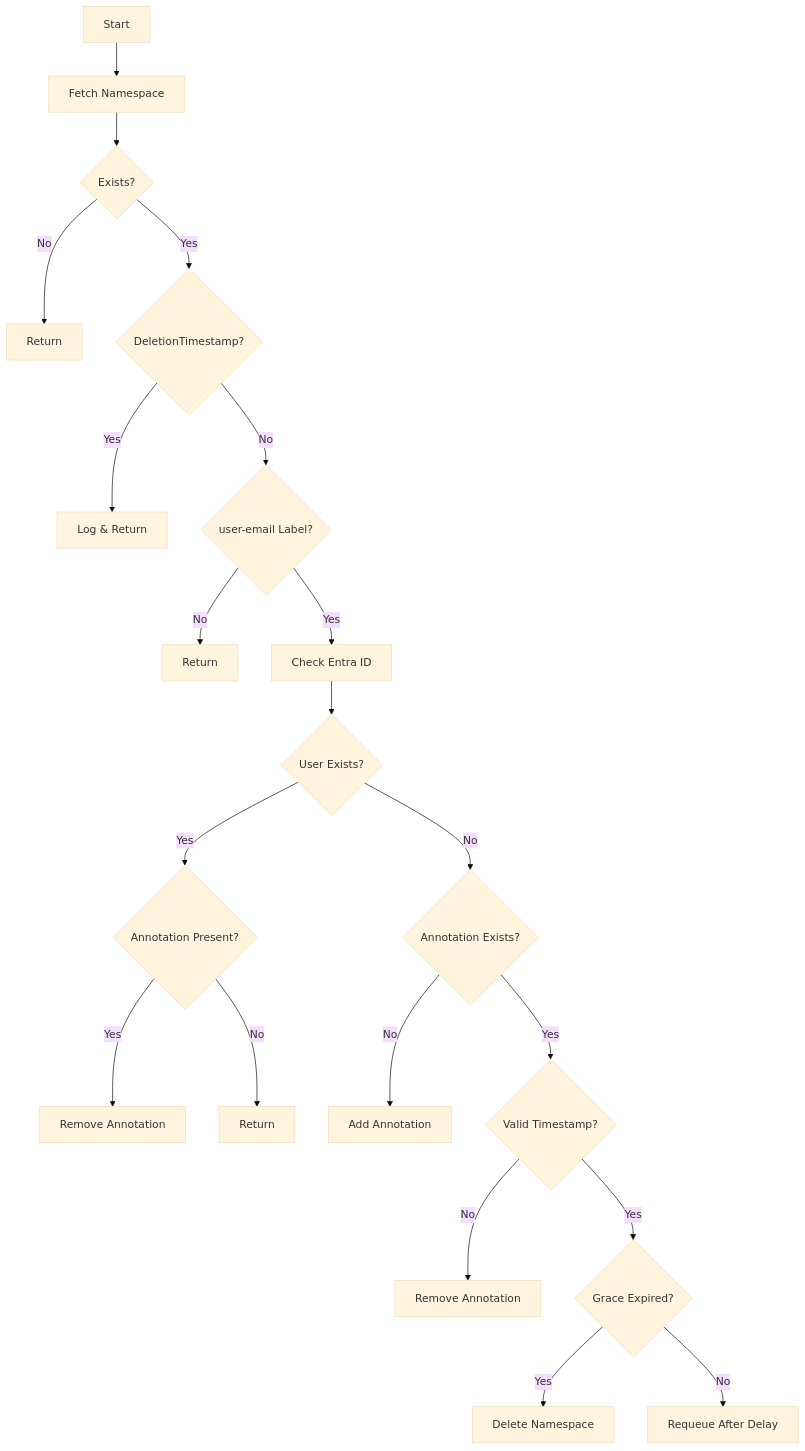
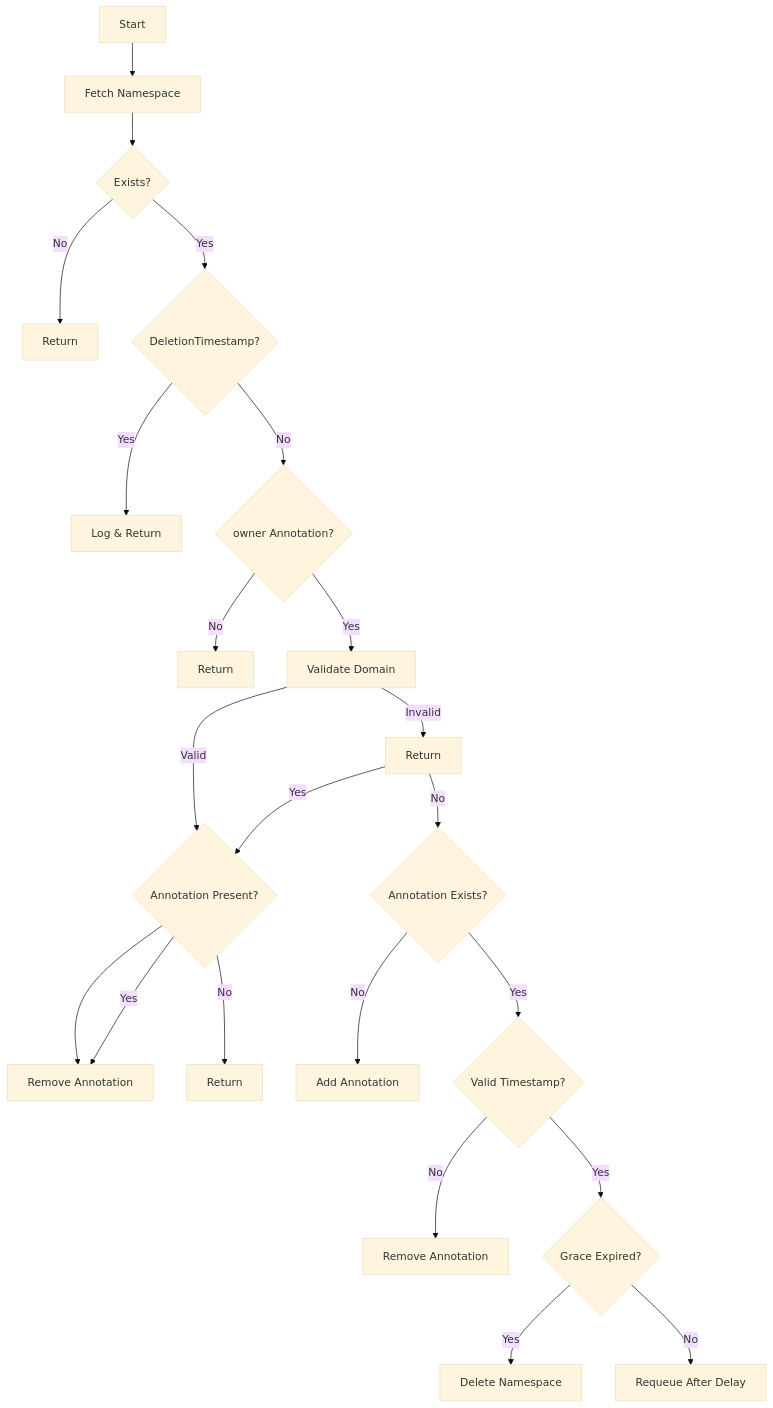
The sixth of 7 diagrams in README.md (bryanpaget/namespace-auditor), drawn with Mermaid (base theme) before and after one commit. The commit also changed other lines of this file, not shown here.

````diff
--- a/README.md
+++ b/README.md
@@ -158,22 +168,24 @@
 ``` mermaid
 flowchart TD
     A[Start] --> B[Fetch Namespace]
     B --> C{Exists?}
     C -->|No| D[Return]
     C -->|Yes| E{DeletionTimestamp?}
     E -->|Yes| F[Log & Return]
-    E -->|No| G{user-email Label?}
+    E -->|No| G{owner Annotation?}
     G -->|No| H[Return]
-    G -->|Yes| I[Check Entra ID]
-    I --> J{User Exists?}
+    G -->|Yes| I[Validate Domain]
+    I -->|Invalid| J[Return]
+    I -->|Valid| K[Check Entra ID]
+    K --> L{User Exists?}
     J -->|Yes| K{Annotation Present?}
     K -->|Yes| L[Remove Annotation]
     K -->|No| M[Return]
     J -->|No| N{Annotation Exists?}
     N -->|No| O[Add Annotation]
     N -->|Yes| P{Valid Timestamp?}
     P -->|No| Q[Remove Annotation]
     P -->|Yes| R{Grace Expired?}
     R -->|Yes| S[Delete Namespace]
     R -->|No| T[Requeue After Delay]
 ```
````
